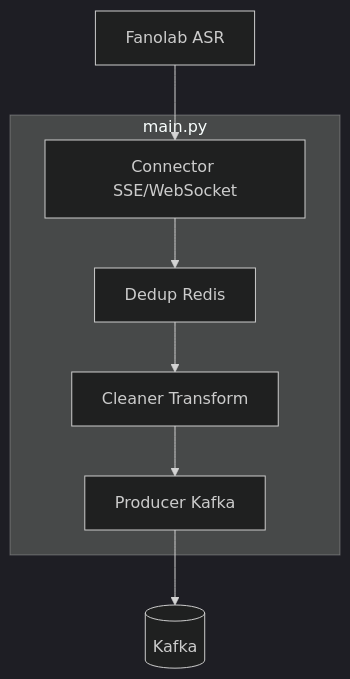
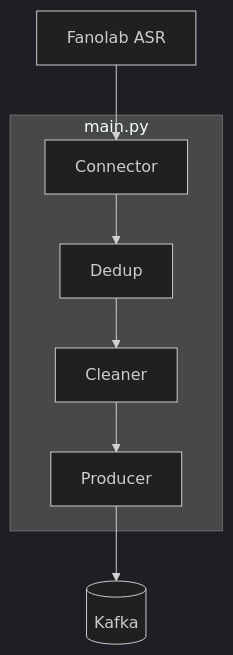
One commit to xiaodouya001/transcribe_service changed the first of 2 diagrams in README.md. Above: the diagram before and after it, drawn with Mermaid (dark theme). The commit also changed other lines of this file, not shown here.

Commit message:
Revise README to enhance clarity on architecture and roles, update module descriptions, and improve flowcharts for direct and buffer modes.

````diff
--- a/README.md
+++ b/README.md
@@ -40,14 +53,14 @@
 ```mermaid
 flowchart TB
     subgraph Main [main.py]
-        Connector[Connector SSE/WebSocket]
-        Dedup[Dedup Redis]
-        Cleaner[Cleaner Transform]
-        Producer[Producer Kafka]
+        Connector[Connector]
+        Dedup[Dedup]
+        Cleaner[Cleaner]
+        Producer[Producer]
         Connector --> Dedup
         Dedup --> Cleaner
         Cleaner --> Producer
     end
     ASR[Fanolab ASR] --> Connector
     Producer --> Kafka[(Kafka)]
 ```
````
